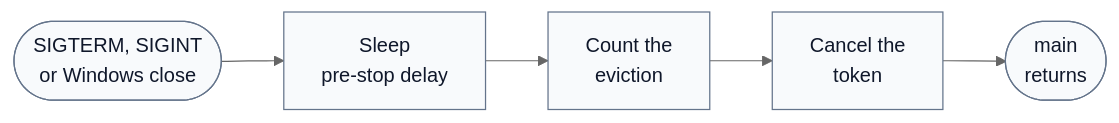
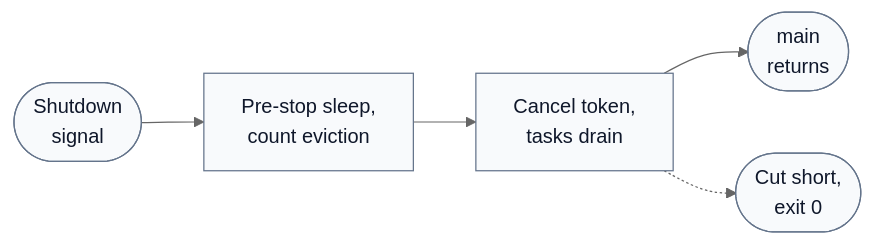
Before and after one commit to hyperi-io/scalo-rs: the diagram in docs/core-pillars/shutdown.md, drawn with Mermaid (neutral theme). The commit also changed other lines of this file and 12 other files, not shown here.

First line of the commit message:
fix(shutdown): add a drain deadline and a second signal exit

````diff
--- a/docs/core-pillars/shutdown.md
+++ b/docs/core-pillars/shutdown.md
@@ -35,18 +35,18 @@
 ```mermaid
 flowchart LR
     accTitle: L4 Detail -- Shutdown sequence
-    accDescr: On SIGTERM or SIGINT, or a console close or system shutdown on Windows, the handler sleeps for the pre-stop delay when it is above 0, counts the eviction on Kubernetes when metrics are on, then cancels the shared token. Application tasks watch the token, finish and return, and then main returns.
+    accDescr: On SIGTERM or SIGINT, or a console close or system shutdown on Windows, the handler starts the drain deadline, sleeps for the pre-stop delay when it is above 0, counts the eviction on Kubernetes when metrics are on, then cancels the shared token. Application tasks watch the token, drain and return, and then main returns. A drain still running at the deadline, or one a second signal interrupts, exits the process with held records unacknowledged.
 
-    signal(["SIGTERM, SIGINT<br/>or Windows close"])
-    sleep["Sleep<br/>pre-stop delay"]
-    count["Count the<br/>eviction"]
-    cancel["Cancel the<br/>token"]
+    signal(["Shutdown<br/>signal"])
+    sleep["Pre-stop sleep,<br/>count eviction"]
+    drain["Cancel token,<br/>tasks drain"]
     exit(["main<br/>returns"])
+    abandon(["Cut short,<br/>exit 0"])
 
     signal --> sleep
-    sleep --> count
-    count --> cancel
-    cancel --> exit
+    sleep --> drain
+    drain --> exit
+    drain -.-> abandon
 
     classDef default fill:#F8FAFC,stroke:#64748B,stroke-width:1px,color:#0F172A
 ```
````
